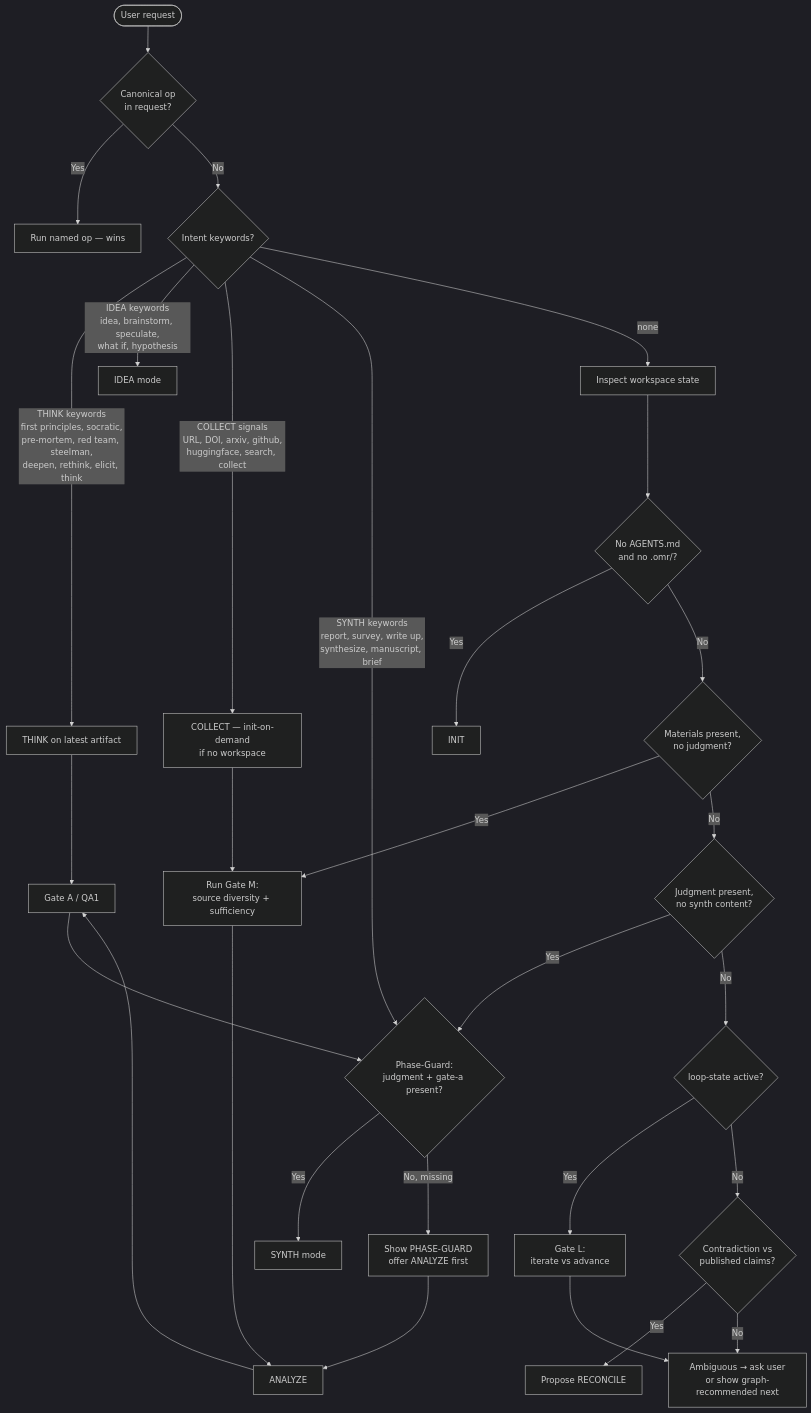
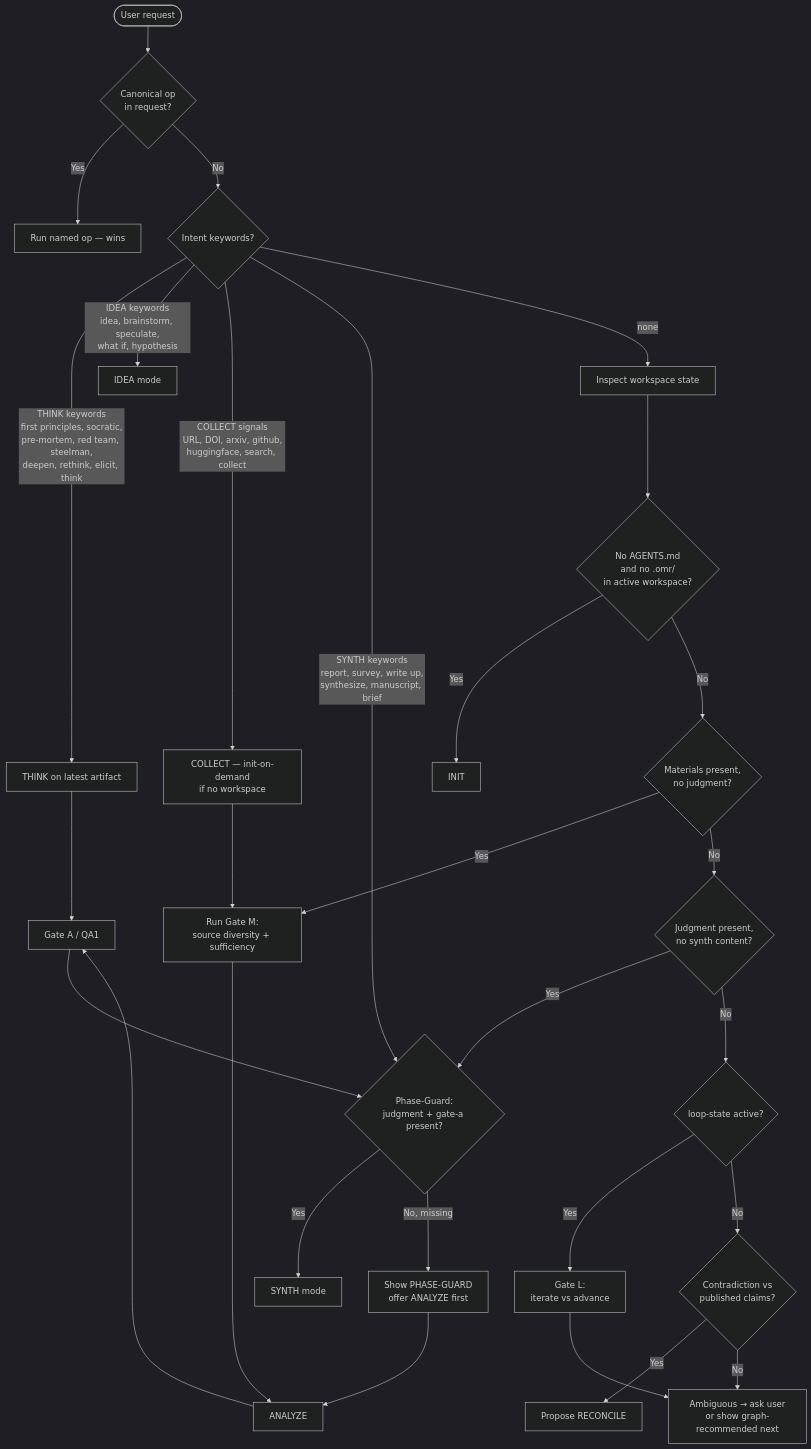
The diagram in skills/oh-my-research/SKILL.md (caesar0301/oh-my-research), drawn with Mermaid (dark theme) before and after one commit. The commit also changed other lines of this file and 15 other files, not shown here.

First line of the commit message:
feat(workspace): multi-topic workspace resolution under _omr/

````diff
--- a/skills/oh-my-research/SKILL.md
+++ b/skills/oh-my-research/SKILL.md
@@ -41,36 +64,36 @@
 ```mermaid
 flowchart TD
     START([User request]) --> OP{Canonical op<br/>in request?}
     OP -- Yes --> RUNOP[Run named op — wins]
     OP -- No --> INT{Intent keywords?}
 
     INT -- THINK keywords<br/>first principles, socratic,<br/>pre-mortem, red team, steelman,<br/>deepen, rethink, elicit, think --> THINK[THINK on latest artifact]
     INT -- IDEA keywords<br/>idea, brainstorm, speculate,<br/>what if, hypothesis --> IDEA[IDEA mode]
     INT -- COLLECT signals<br/>URL, DOI, arxiv, github,<br/>huggingface, search, collect --> COLLECT[COLLECT — init-on-demand<br/>if no workspace]
     INT -- SYNTH keywords<br/>report, survey, write up,<br/>synthesize, manuscript, brief --> SYNTHGUARD{Phase-Guard:<br/>judgment + gate-a present?}
     INT -- none --> STATE[Inspect workspace state]
 
     COLLECT --> GATEM[Run Gate M:<br/>source diversity + sufficiency]
     GATEM --> ANALYZE
 
     SYNTHGUARD -- Yes --> SYNTH[SYNTH mode]
     SYNTHGUARD -- No, missing --> BLOCKSYNTH[Show PHASE-GUARD<br/>offer ANALYZE first]
 
-    STATE --> S1{No AGENTS.md<br/>and no .omr/?}
+    STATE --> S1{No AGENTS.md<br/>and no .omr/<br/>in active workspace?}
     S1 -- Yes --> INIT[INIT]
     S1 -- No --> S2{Materials present,<br/>no judgment?}
     S2 -- Yes --> GATEM
     S2 -- No --> S3{Judgment present,<br/>no synth content?}
     S3 -- Yes --> SYNTHGUARD
     S3 -- No --> S4{loop-state active?}
     S4 -- Yes --> GATEL[Gate L:<br/>iterate vs advance]
     S4 -- No --> S5{Contradiction vs<br/>published claims?}
     S5 -- Yes --> RECONCILE[Propose RECONCILE]
     S5 -- No --> AMBIG[Ambiguous → ask user<br/>or show graph-recommended next]
 
     GATEL --> AMBIG
     THINK --> GATEA[Gate A / QA1]
     GATEA --> SYNTHGUARD
     BLOCKSYNTH --> ANALYZE
     ANALYZE --> GATEA
 ```
````
